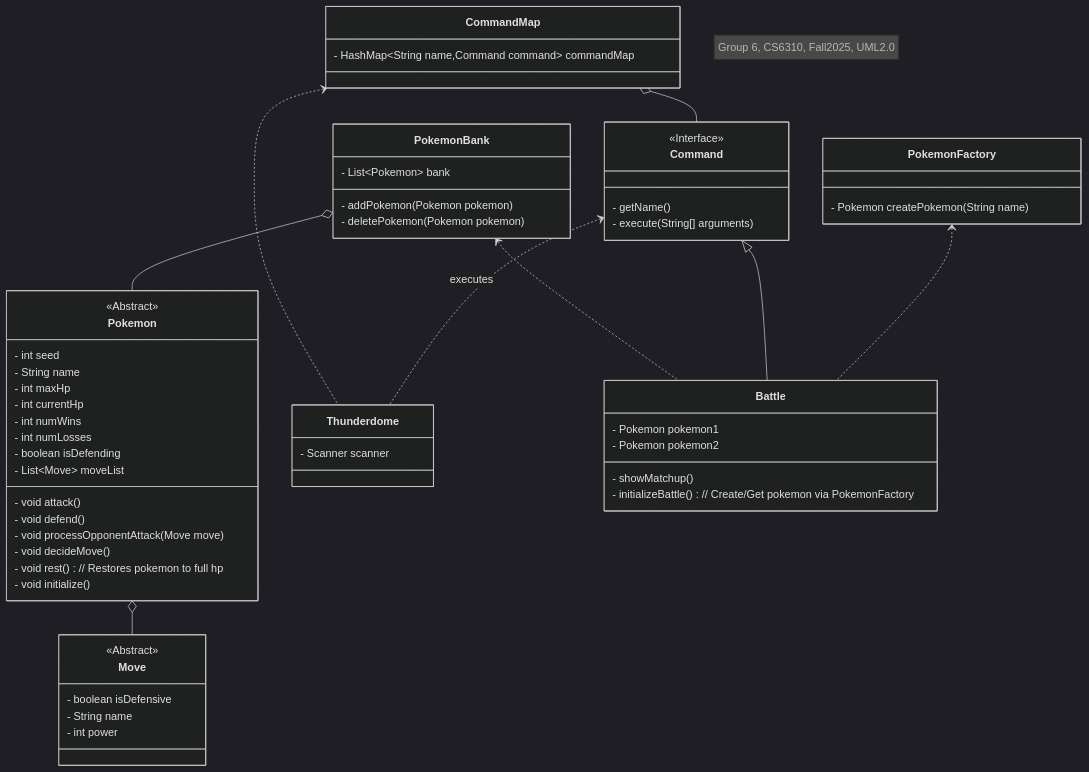
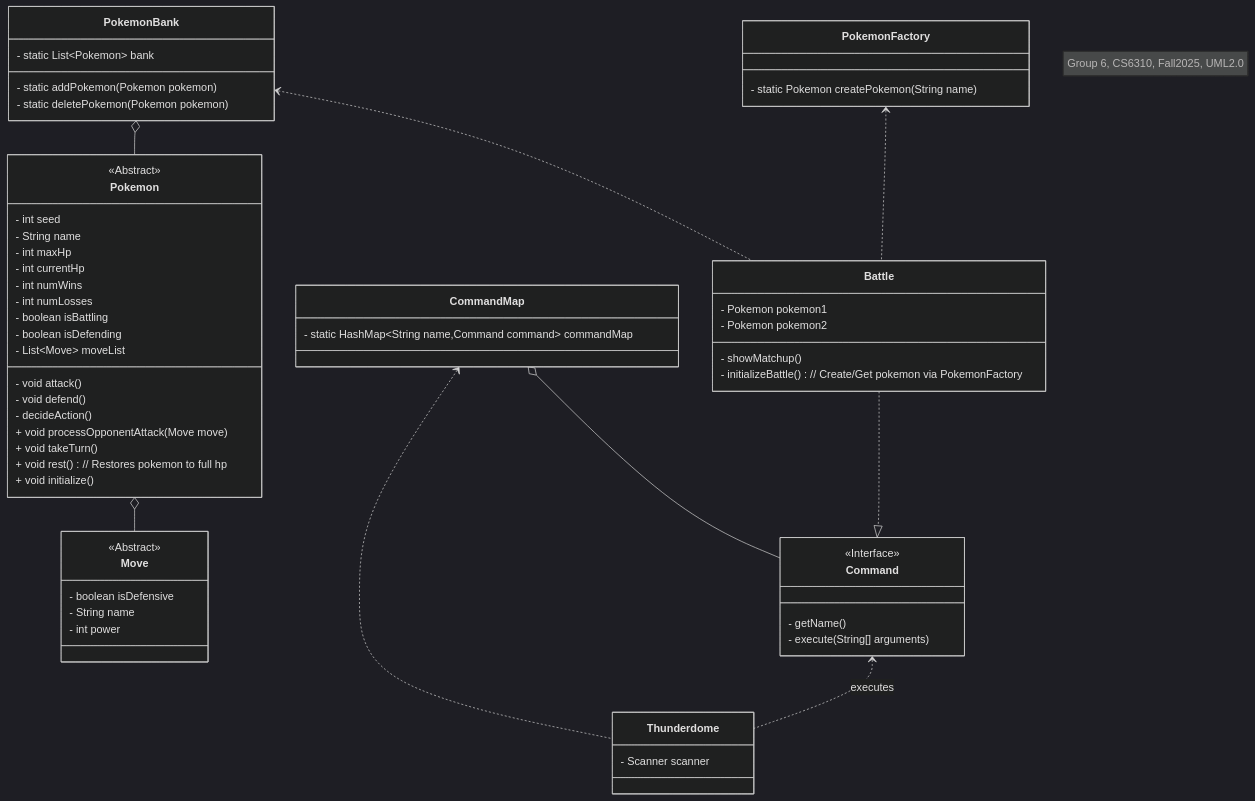
The diagram in OMSCS-Notes/CS6310 - Software Architecture & Design/Project/Class Diagram.md (seantdeitrich/OMSCS-Notes), drawn with Mermaid (dark theme) before and after one commit. The commit also changed other lines of this file, not shown here.

Commit message:
updated class diagram and notes

````diff
--- a/OMSCS-Notes/CS6310 - Software Architecture & Design/Project/Class Diagram.md
+++ b/OMSCS-Notes/CS6310 - Software Architecture & Design/Project/Class Diagram.md
@@ -1,72 +1,74 @@
 ```mermaid
 classDiagram
 	note "Group 6, CS6310, Fall2025, UML2.0"
 	Pokemon o-- Move
 	PokemonBank o-- Pokemon
 	CommandMap o-- Command
 	CommandMap <.. Thunderdome
 	Command <.. Thunderdome : executes
 	PokemonBank <.. Battle
-	Command <|-- Battle
+	Battle ..|> Command
 	PokemonFactory <.. Battle
 
 	class Move{
 		<<Abstract>>
 		- boolean isDefensive
 		- String name
 		- int power
 	}
 	
 	class Pokemon{
 		<<Abstract>>
 		- int seed
 		- String name
 		- int maxHp
 		- int currentHp
 		- int numWins
 		- int numLosses
+		- boolean isBattling
 		- boolean isDefending
 		- List~Move~ moveList
 		- void attack() 
 		- void defend()
-		- void processOpponentAttack(Move move)
-		- void decideMove()
-		- void rest() // Restores pokemon to full hp
-		- void initialize()
+		- decideAction()
+		+ void processOpponentAttack(Move move)
+		+ void takeTurn()
+		+ void rest() // Restores pokemon to full hp
+		+ void initialize()
 	}
 	
 	class PokemonBank{
-		- List~Pokemon~ bank
-		- addPokemon(Pokemon pokemon)
-		- deletePokemon(Pokemon pokemon)
+		- static List~Pokemon~ bank
+		- static addPokemon(Pokemon pokemon)
+		- static deletePokemon(Pokemon pokemon)
 	}
 	
 	class PokemonFactory{
-		- Pokemon createPokemon(String name)
+		- static Pokemon createPokemon(String name)
 	}
 		
 	class Thunderdome{
 		- Scanner scanner
 	}
 	
 	class Command{
 		<<Interface>>
 		- getName()
 		- execute(String[] arguments)
 	}
 	
 	class Battle{
 		- Pokemon pokemon1
 		- Pokemon pokemon2
 		- showMatchup()
 	    - initializeBattle() // Create/Get pokemon via PokemonFactory
 	}
 	
 		
 	class CommandMap{
-		- HashMap~String name,Command command~ commandMap
+		- static HashMap~String name,Command command~ commandMap
 	}
 	
 
 
 ```
````
